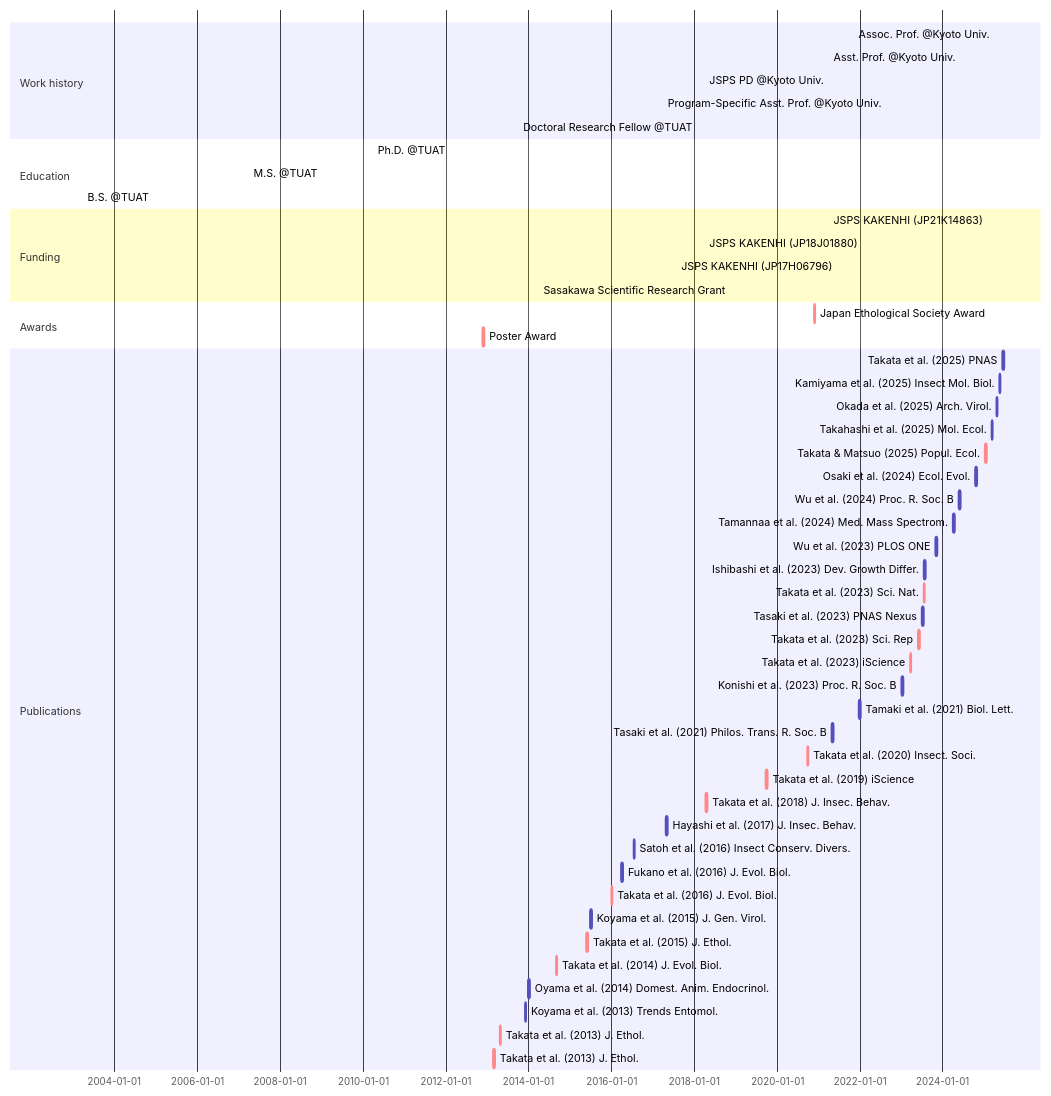
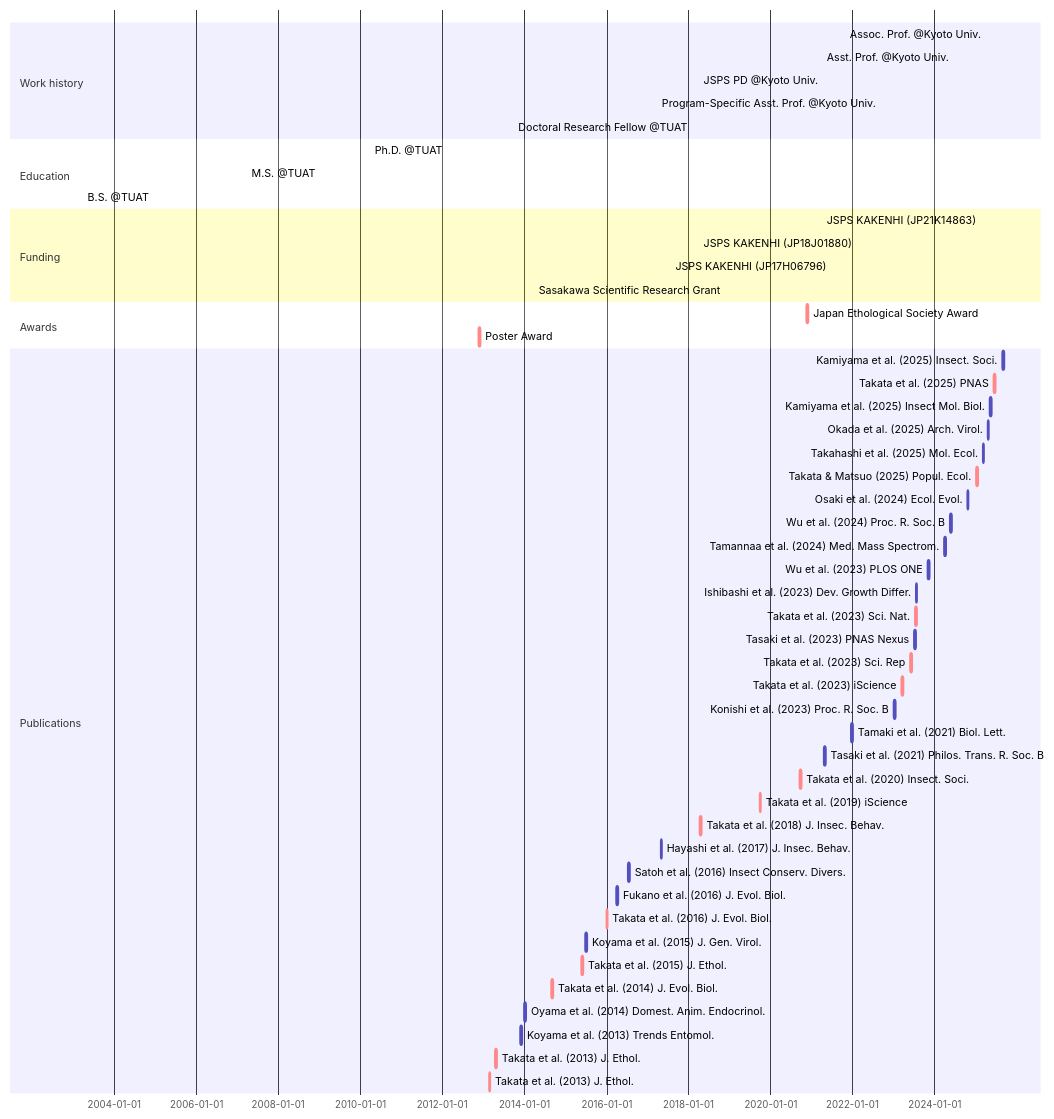
Before and after one commit to MamoruTakata/MamoruTakata.github.io: the diagram in _includes/mermaid-cv.md, drawn with Mermaid.

````diff
--- a/_includes/mermaid-cv.md
+++ b/_includes/mermaid-cv.md
@@ -1,57 +1,58 @@
 ```mermaid
 gantt
 section Work history
   Assoc. Prof. @Kyoto Univ.                     : active, Assoc. Prof., 2025-04-01, 2030-03-31
   Asst. Prof. @Kyoto Univ.                      : active, Asst. Prof., 2021-04-01, 2025-03-31
   JSPS PD @Kyoto Univ.                          : active, PD, 2018-04-01, 2021-03-31
   Program-Specific Asst. Prof. @Kyoto Univ.     : active, Program-Specific Asst. Prof., 2017-04-01, 2018-03-31
   Doctoral Research Fellow @TUAT                : active, Program-Specific Asst. Prof., 2013-10-01, 2017-03-31
 
 section Education
   Ph.D. @TUAT    : Ph.D., 2010-04-01, 2013-09-18
   M.S. @TUAT     : M.S., 2007-04-01, 2010-03-31
   B.S. @TUAT     : B.S., 2003-04-01, 2007-03-31
 
 section Funding
   JSPS KAKENHI (JP21K14863)                     : active, grant_young, 2021-04-01, 2026-03-31
   JSPS KAKENHI (JP18J01880)                     : active, grant_PD, 2018-04-01, 2021-03-31
   JSPS KAKENHI (JP17H06796)                     : active, grant_start, 2017-08-01, 2018-03-31
   Sasakawa Scientific Research Grant            : active, grant_Sasagawa, 2014-04-01, 2015-03-31
 
 section Awards
   Japan Ethological Society Award               : crit, aw_2, 2020-11-21, 2w
   Poster Award                                  : crit, aw_1, 2012-11-24, 2w
 
 section Publications
-  Takata et al. (2025) PNAS                     :       Takata et al. 2025, 2025-06-13, 2w
+  Kamiyama et al. (2025) Insect. Soci.          :       Kamiyama et al. 2025, 2025-08-31, 2w
+  Takata et al. (2025) PNAS                     : crit, Takata et al. 2025, 2025-06-13, 2w
   Kamiyama et al. (2025) Insect Mol. Biol.      :       Kamiyama et al. 2025, 2025-05-11, 2w
   Okada et al. (2025) Arch. Virol.              :       Okada et al. 2025, 2025-04-16, 2w
   Takahashi et al. (2025) Mol. Ecol.            :       Takahashi et al. 2025, 2025-03-04, 2w
   Takata & Matsuo (2025) Popul. Ecol.           : crit, Takata & Matsuo 2025, 2025-01-07, 2w
   Osaki et al. (2024) Ecol. Evol.               :       Osaki et al. 2024, 2024-10-17, 2w
   Wu et al. (2024) Proc. R. Soc. B              :       Wu et al. 2024, 2024-05-22, 2w
   Tamannaa et al. (2024) Med. Mass Spectrom.    :       Tamannaa et al. 2024, 2024-04-01, 2w
   Wu et al. (2023) PLOS ONE                     :       Wu et al. 2023, 2023-11-02, 2w
   Ishibashi et al. (2023) Dev. Growth Differ.   :       Ishibashi et al. 2023, 2023-07-18, 2w
   Takata et al. (2023) Sci. Nat.                : crit, Takata et al. 2023c, 2023-07-17, 2w
   Tasaki et al. (2023) PNAS Nexus               :       Tasaki et al. 2023, 2023-07-04, 2w
   Takata et al. (2023) Sci. Rep                 : crit, Takata et al. 2023b, 2023-05-31, 2w
   Takata et al. (2023) iScience                 : crit, Takata et al. 2023a, 2023-03-17, 2w
   Konishi et al. (2023) Proc. R. Soc. B         :       Konishi et al. 2023, 2023-01-04, 2w
   Tamaki et al. (2021) Biol. Lett.              :       Tamaki et al. 2021, 2021-12-22, 2w
   Tasaki et al. (2021) Philos. Trans. R. Soc. B :       Tasaki et al. 2021, 2021-04-26, 2w
   Takata et al. (2020) Insect. Soci.            : crit, Takata et al. 2020, 2020-09-22, 2w
   Takata et al. (2019) iScience                 : crit, Takata et al. 2019, 2019-09-27, 2w
   Takata et al. (2018) J. Insec. Behav.         : crit, Takata et al. 2018, 2018-04-14, 2w
   Hayashi et al. (2017) J. Insec. Behav.        :       Hayashi et al. 2017, 2017-04-29, 2w
   Satoh et al. (2016) Insect Conserv. Divers.   :       Satoh et al. 2016, 2016-07-16, 2w
   Fukano et al. (2016) J. Evol. Biol.           :       Fukano et al. 2016, 2016-04-01, 2w
   Takata et al. (2016) J. Evol. Biol.           : crit, Takata et al. 2016, 2016-01-01, 2w
   Koyama et al. (2015) J. Gen. Virol.           :       Koyama et al. 2015, 2015-07-01, 2w
   Takata et al. (2015) J. Ethol.                : crit, Takata et al. 2015, 2015-05-28, 2w
   Takata et al. (2014) J. Evol. Biol.           : crit, Takata et al. 2014, 2014-09-01, 2w
   Oyama et al. (2014) Domest. Anim. Endocrinol. :       Oyama et al. 2014, 2014-01-01, 2w
   Koyama et al. (2013) Trends Entomol.          :       Koyama et al. 2013, 2013-12-01, 2w
   Takata et al. (2013) J. Ethol.                : crit, Takata et al. 2015b, 2013-04-21, 2w
   Takata et al. (2013) J. Ethol.                : crit, Takata et al. 2015a, 2013-02-23, 2w
 ```
````
